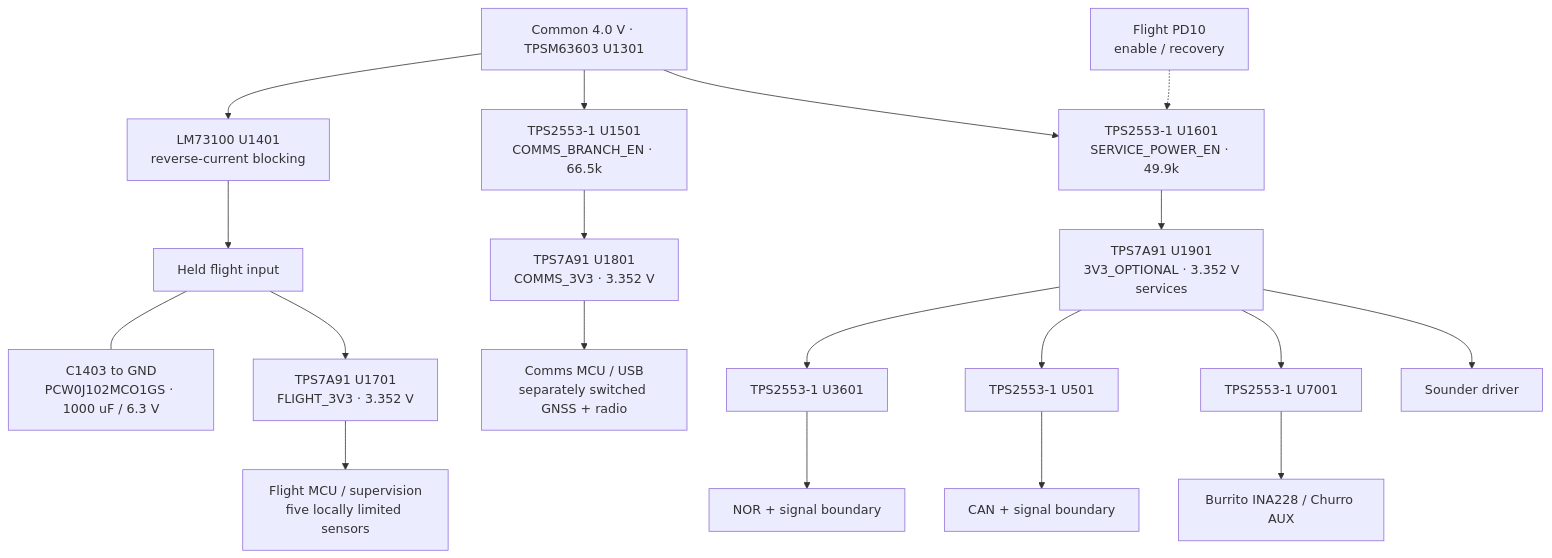
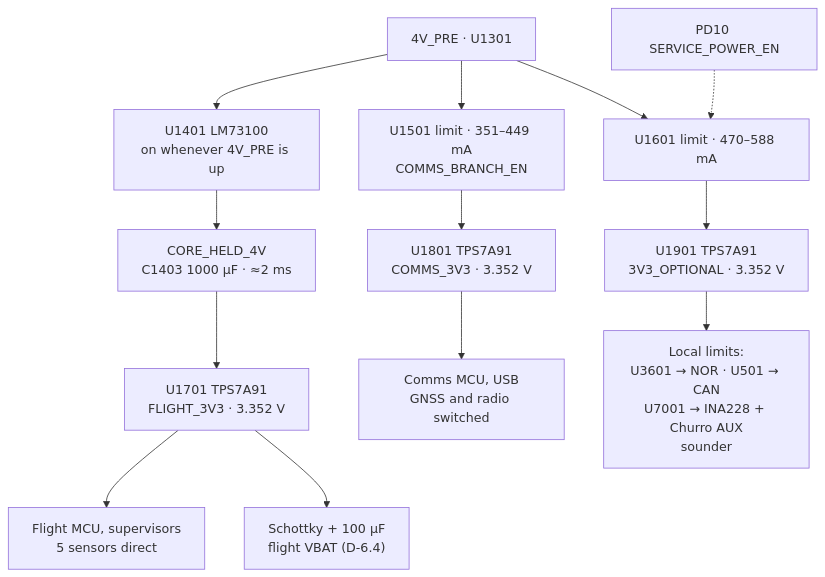
The second of 2 diagrams in docs/architecture/02-power.md (ULAS-HiPR/Ogma2), drawn with Mermaid before and after one commit. The commit also changed other lines of this file and 25 other files, not shown here.

````diff
--- a/docs/architecture/02-power.md
+++ b/docs/architecture/02-power.md
@@ -55,32 +67,27 @@
 ```mermaid
 flowchart TB
-  K["Common 4.0 V · TPSM63603 U1301"] --> H["LM73100 U1401
-reverse-current blocking"]
-  H --> HI["Held flight input"]
-  HI --- CAP["C1403 to GND
-PCW0J102MCO1GS · 1000 uF / 6.3 V"]
-  HI --> F["TPS7A91 U1701
+  K["4V_PRE · U1301"] --> H["U1401 LM73100
+on whenever 4V_PRE is up"]
+  H --> HI["CORE_HELD_4V
+C1403 1000 µF · ≈2 ms"]
+  HI --> F["U1701 TPS7A91
 FLIGHT_3V3 · 3.352 V"]
-  F --> FM["Flight MCU / supervision
-five locally limited sensors"]
-  K --> CL["TPS2553-1 U1501
-COMMS_BRANCH_EN · 66.5k"]
-  CL --> C["TPS7A91 U1801
+  F --> FM["Flight MCU, supervisors
+5 sensors direct"]
+  F --> VB["Schottky + 100 µF
+flight VBAT (D-6.4)"]
+  K --> CL["U1501 limit · 351–449 mA
+COMMS_BRANCH_EN"]
+  CL --> C["U1801 TPS7A91
 COMMS_3V3 · 3.352 V"]
-  C --> CM["Comms MCU / USB
-separately switched GNSS + radio"]
-  K --> SL["TPS2553-1 U1601
-SERVICE_POWER_EN · 49.9k"]
-  EN["Flight PD10
-enable / recovery"] -.-> SL
-  SL --> S["TPS7A91 U1901
-3V3_OPTIONAL · 3.352 V
-services"]
-  S --> NL["TPS2553-1 U3601"]
-  NL --> N["NOR + signal boundary"]
-  S --> CA["TPS2553-1 U501"]
-  CA --> CN["CAN + signal boundary"]
-  S --> AU["TPS2553-1 U7001"]
-  AU --> M["Burrito INA228 / Churro AUX"]
-  S --> Z["Sounder driver"]
+  C --> CM["Comms MCU, USB
+GNSS and radio switched"]
+  K --> SL["U1601 limit · 470–588 mA"]
+  PD10["PD10 SERVICE_POWER_EN"] -.-> SL
+  SL --> S["U1901 TPS7A91
+3V3_OPTIONAL · 3.352 V"]
+  S --> SV["Local limits:
+U3601 → NOR · U501 → CAN
+U7001 → INA228 + Churro AUX
+sounder"]
 ```
````
